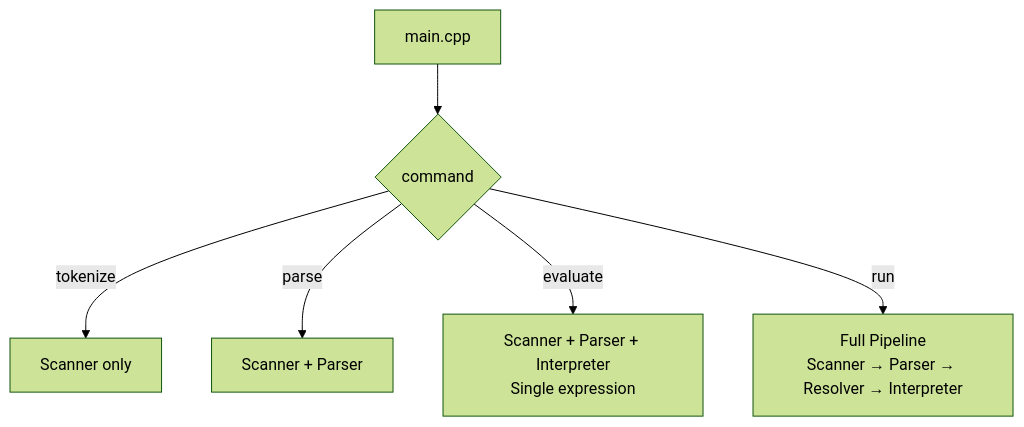
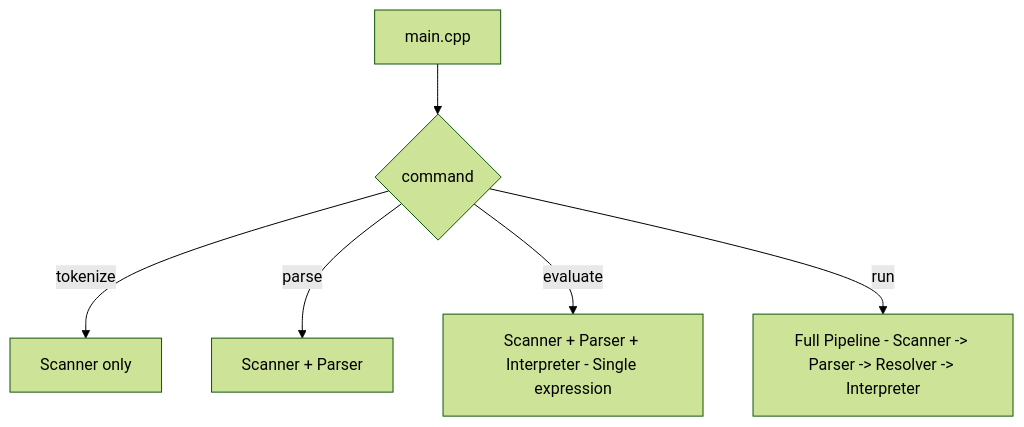
One commit to IshpreetSingh8264/Interpreter-Cpp changed the first of 14 diagrams in docs/CODE_FLOW.md. Above: the diagram before and after it, drawn with Mermaid (forest theme). The commit also changed other lines of this file, not shown here.

````diff
--- a/docs/CODE_FLOW.md
+++ b/docs/CODE_FLOW.md
@@ -13,8 +13,8 @@
 ```mermaid
 flowchart TD
     A[main.cpp] --> B{command}
     B -->|tokenize| C[Scanner only]
     B -->|parse| D[Scanner + Parser]
-    B -->|evaluate| E[Scanner + Parser + Interpreter<br>Single expression]
-    B -->|run| F[Full Pipeline<br>Scanner → Parser → Resolver → Interpreter]
+    B -->|evaluate| E[Scanner + Parser + Interpreter - Single expression]
+    B -->|run| F[Full Pipeline - Scanner -> Parser -> Resolver -> Interpreter]
 ```
````
